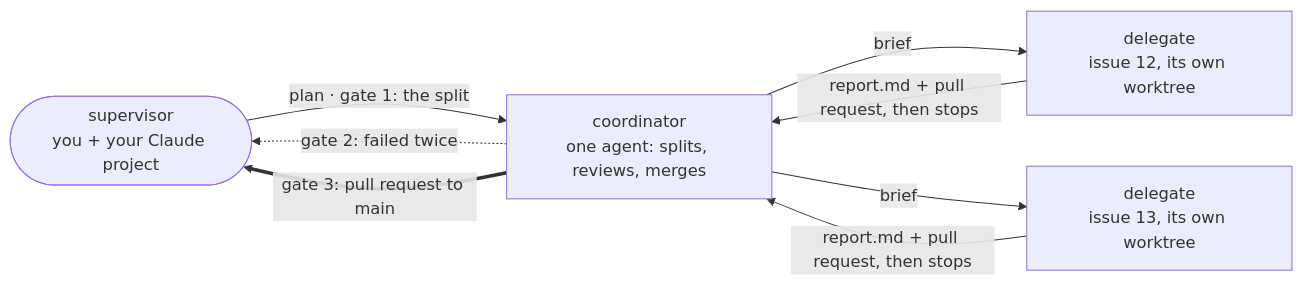
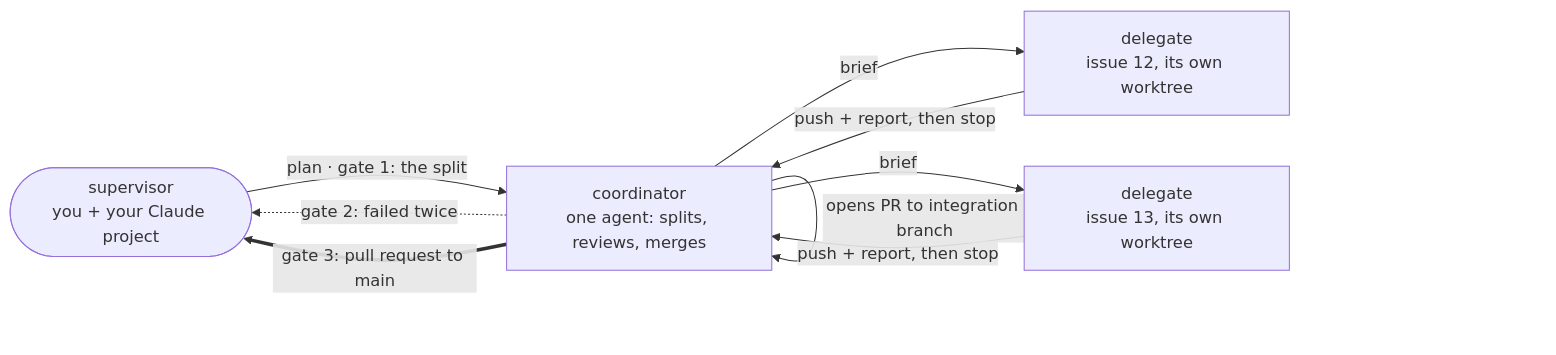
The diagram in README.md (bived-apps/bive), drawn with Mermaid before and after one commit. The commit also changed other lines of this file and 7 other files, not shown here.

Commit message:
#23: coordinator opens issue pull requests

````diff
--- a/README.md
+++ b/README.md
@@ -5,12 +5,13 @@
 ```mermaid
 flowchart LR
   S(["supervisor<br/>you + your Claude project"])
   C["coordinator<br/>one agent: splits, reviews, merges"]
   D1["delegate<br/>issue 12, its own worktree"]
   D2["delegate<br/>issue 13, its own worktree"]
   S -- "plan · gate 1: the split" --> C
   C -- "brief" --> D1 & D2
-  D1 & D2 -- "report.md + pull request, then stops" --> C
+  D1 & D2 -- "push + report, then stop" --> C
+  C -- "opens PR to integration branch" --> C
   C -. "gate 2: failed twice" .-> S
   C == "gate 3: pull request to main" ==> S
 ```
````
